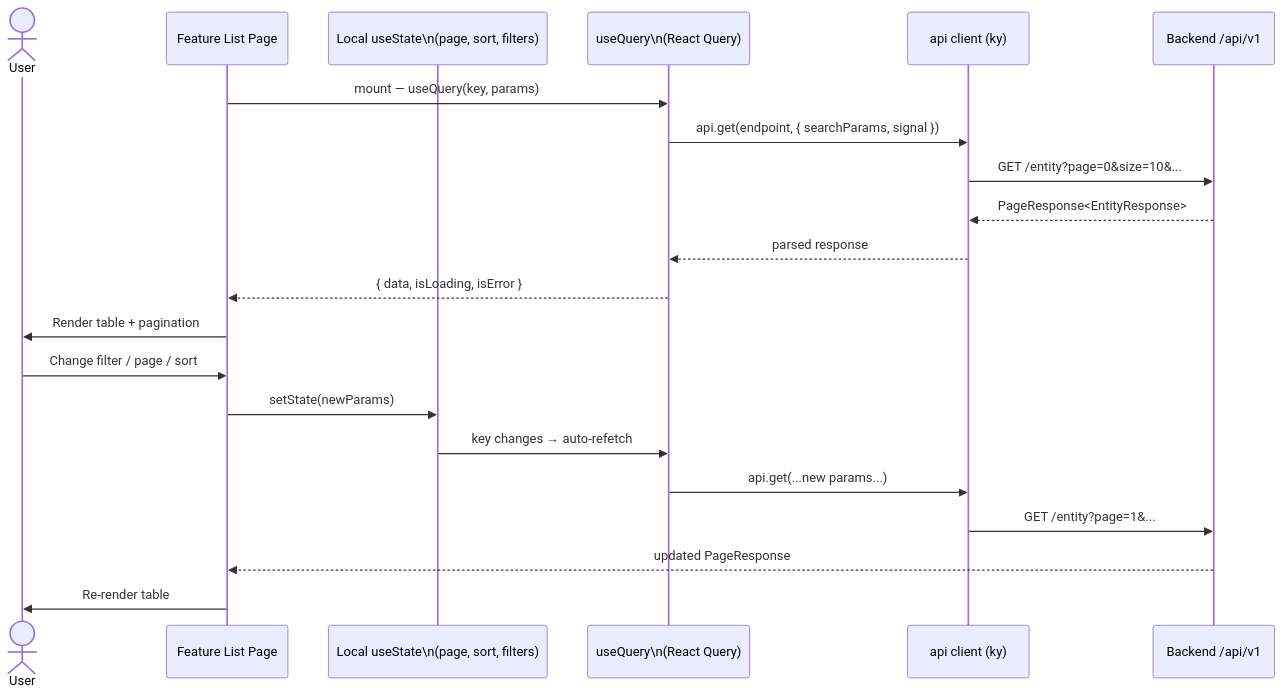
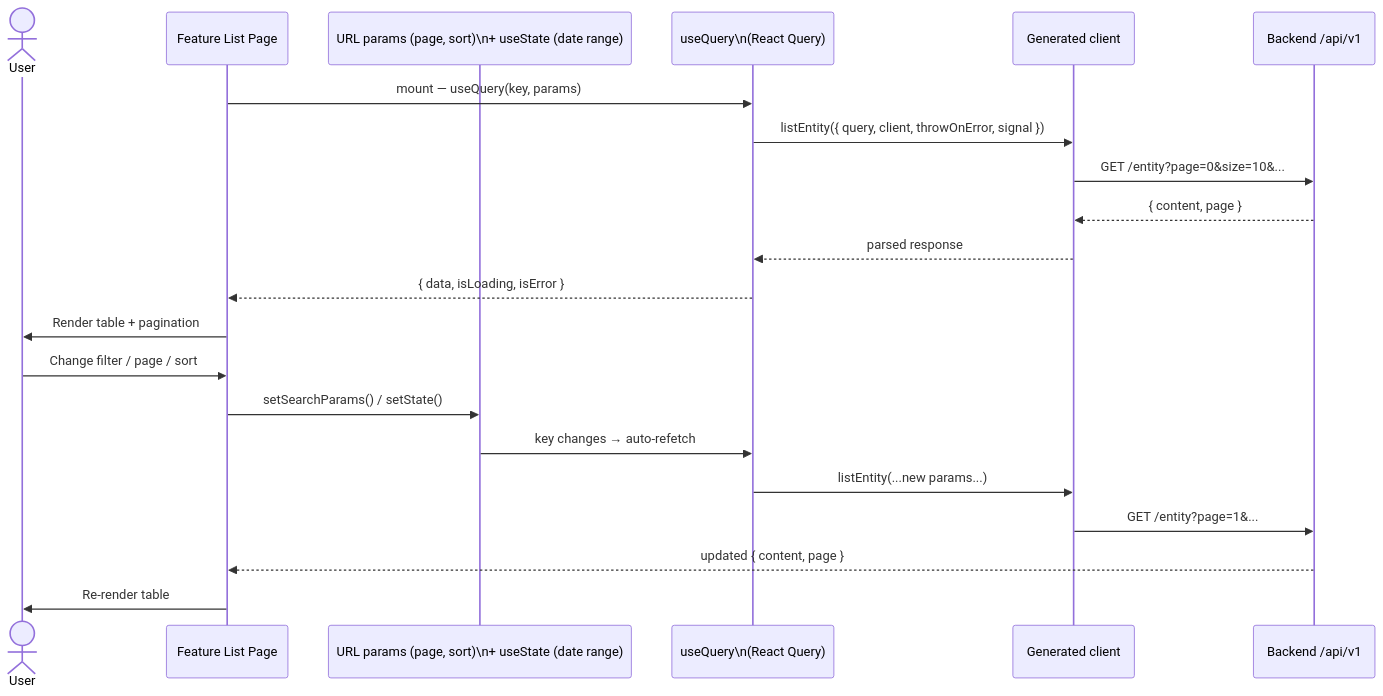
One commit to jorgetroya80/donations-frontend changed the seventh of 8 diagrams in docs/ARCHITECTURE.md. Above: the diagram before and after it, drawn with Mermaid. The commit also changed other lines of this file and 2 other files, not shown here.

First line of the commit message:
docs: rewrite README and architecture guide (#191)

````diff
--- a/docs/ARCHITECTURE.md
+++ b/docs/ARCHITECTURE.md
@@ -310,25 +421,25 @@
 ```mermaid
 sequenceDiagram
     actor User
     participant Page as Feature List Page
-    participant State as Local useState\n(page, sort, filters)
+    participant State as URL params (page, sort)\n+ useState (date range)
     participant Query as useQuery\n(React Query)
-    participant Client as api client (ky)
+    participant Client as Generated client
     participant API as Backend /api/v1
 
     Page->>Query: mount — useQuery(key, params)
-    Query->>Client: api.get(endpoint, { searchParams, signal })
+    Query->>Client: listEntity({ query, client, throwOnError, signal })
     Client->>API: GET /entity?page=0&size=10&...
-    API-->>Client: PageResponse<EntityResponse>
+    API-->>Client: { content, page }
     Client-->>Query: parsed response
     Query-->>Page: { data, isLoading, isError }
     Page->>User: Render table + pagination
 
     User->>Page: Change filter / page / sort
-    Page->>State: setState(newParams)
+    Page->>State: setSearchParams() / setState()
     State->>Query: key changes → auto-refetch
-    Query->>Client: api.get(...new params...)
+    Query->>Client: listEntity(...new params...)
     Client->>API: GET /entity?page=1&...
-    API-->>Page: updated PageResponse
+    API-->>Page: updated { content, page }
     Page->>User: Re-render table
 ```
````
